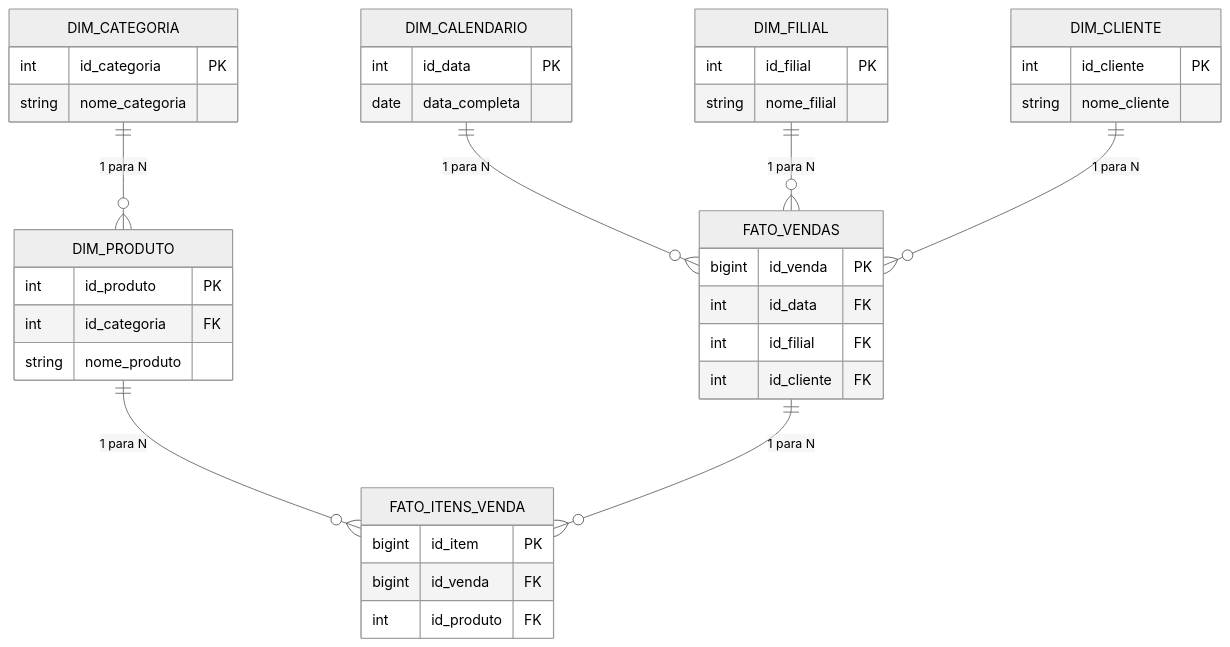
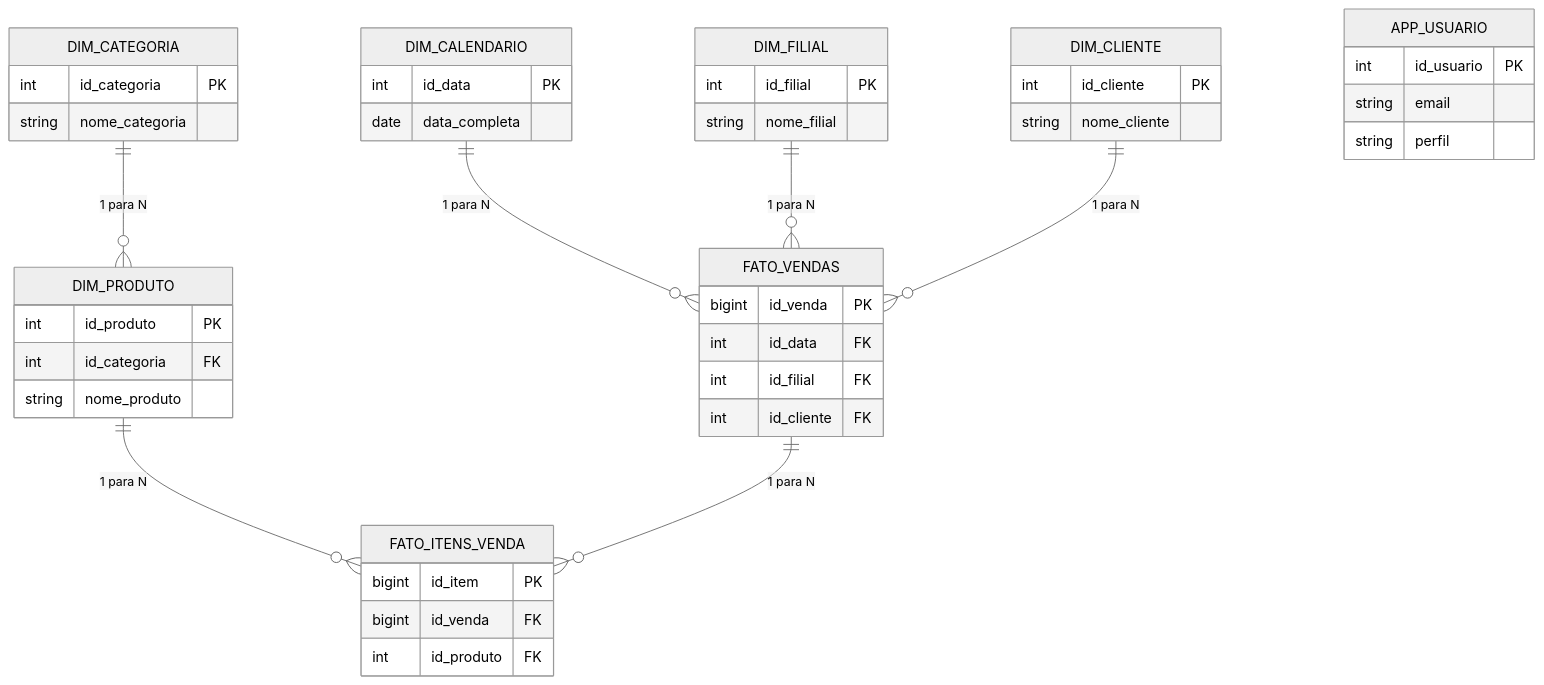
The first of 2 diagrams in db/docs/modelo_banco.md (Thiago64ga/projeto-comercial-DB), drawn with Mermaid (neutral theme) before and after one commit. The commit also changed other lines of this file and 26 other files, not shown here.

````diff
--- a/db/docs/modelo_banco.md
+++ b/db/docs/modelo_banco.md
@@ -105,42 +117,47 @@
 ```mermaid
 erDiagram
     DIM_CALENDARIO {
         int id_data PK
         date data_completa
     }
     DIM_FILIAL {
         int id_filial PK
         string nome_filial
     }
     DIM_CATEGORIA {
         int id_categoria PK
         string nome_categoria
     }
     DIM_PRODUTO {
         int id_produto PK
         int id_categoria FK
         string nome_produto
     }
     DIM_CLIENTE {
         int id_cliente PK
         string nome_cliente
     }
     FATO_VENDAS {
         bigint id_venda PK
         int id_data FK
         int id_filial FK
         int id_cliente FK
     }
     FATO_ITENS_VENDA {
         bigint id_item PK
         bigint id_venda FK
         int id_produto FK
     }
+    APP_USUARIO {
+        int id_usuario PK
+        string email
+        string perfil
+    }
 
     DIM_CALENDARIO ||--o{ FATO_VENDAS : "1 para N"
     DIM_FILIAL ||--o{ FATO_VENDAS : "1 para N"
     DIM_CLIENTE ||--o{ FATO_VENDAS : "1 para N"
     DIM_CATEGORIA ||--o{ DIM_PRODUTO : "1 para N"
     DIM_PRODUTO ||--o{ FATO_ITENS_VENDA : "1 para N"
     FATO_VENDAS ||--o{ FATO_ITENS_VENDA : "1 para N"
 ```
````
